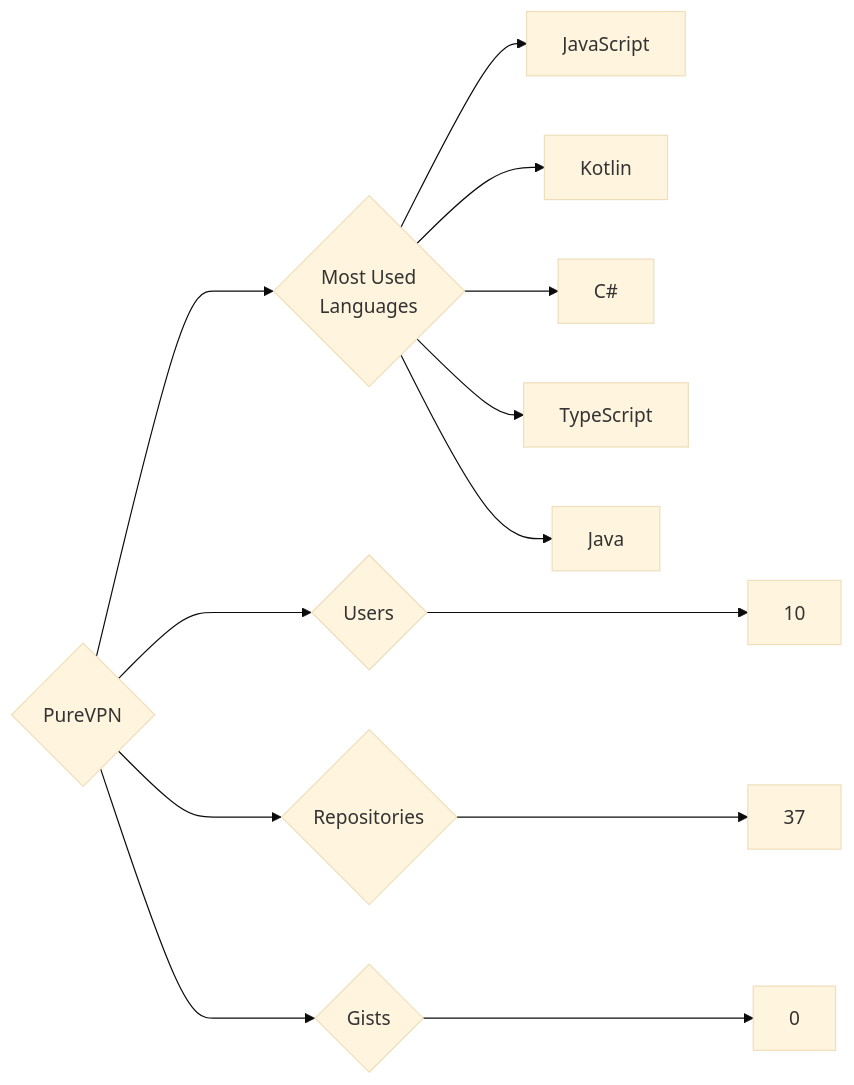
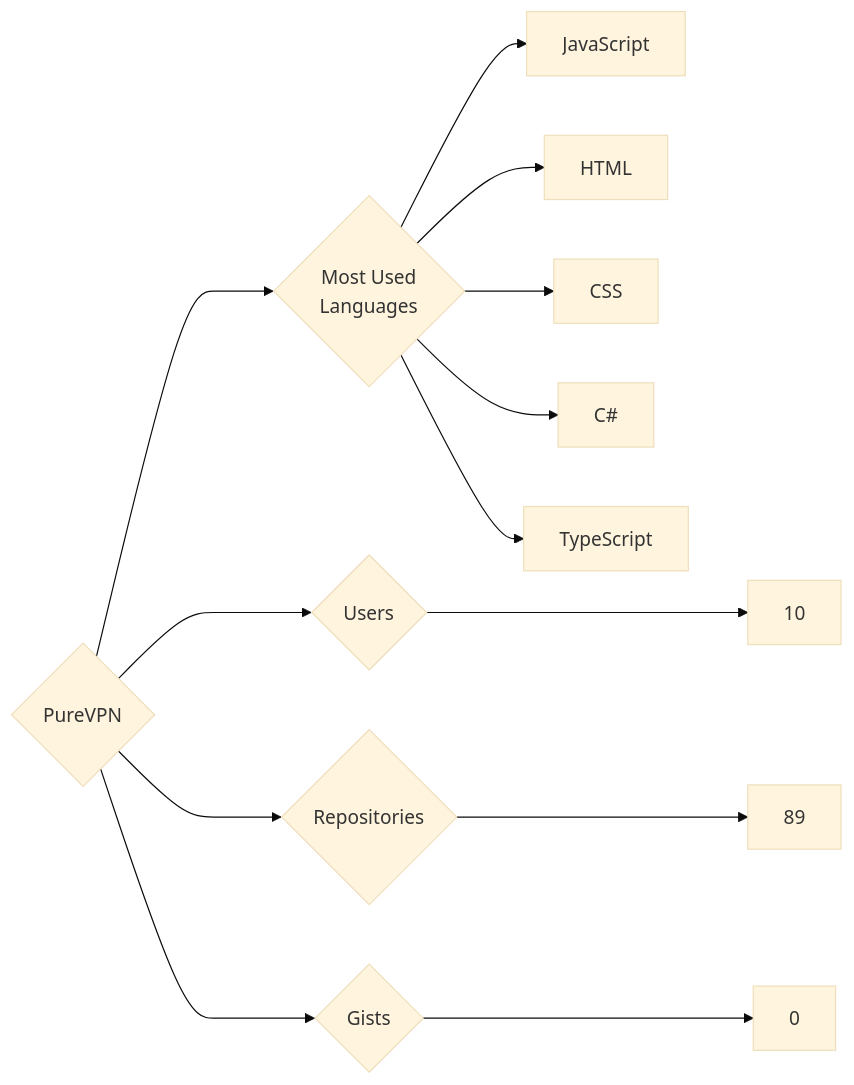
Before and after one commit to trickest/insiders: the diagram in targets/PureVPN/README.md, drawn with Mermaid (base theme). The commit also changed 997 other files, not shown here.

````diff
--- a/targets/PureVPN/README.md
+++ b/targets/PureVPN/README.md
@@ -3,13 +3,13 @@
 ```mermaid
 graph LR
 COMPANY_NAME{PureVPN}
 COMPANY_NAME ---> U{Users} ---> UN[10]
-COMPANY_NAME ---> R{Repositories} ---> RN[37]
+COMPANY_NAME ---> R{Repositories} ---> RN[89]
 COMPANY_NAME ---> G{Gists} ---> GN[0]
 COMPANY_NAME ---> ML{Most Used<br>Languages}
-ML --> JavaScript
-ML --> Kotlin
-ML --> C#
-ML --> TypeScript
-ML --> Java
+ML --> JavaScript[JavaScript]
+ML --> HTML[HTML]
+ML --> CSS[CSS]
+ML --> C#[C#]
+ML --> TypeScript[TypeScript]
 ```
````
